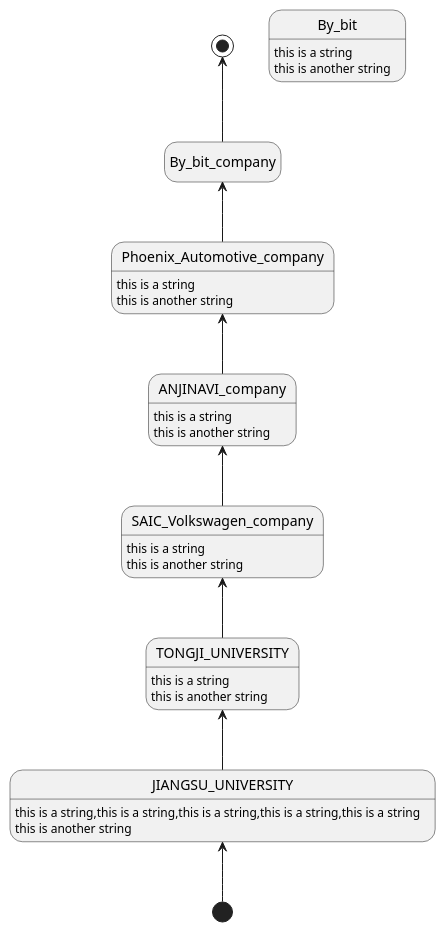
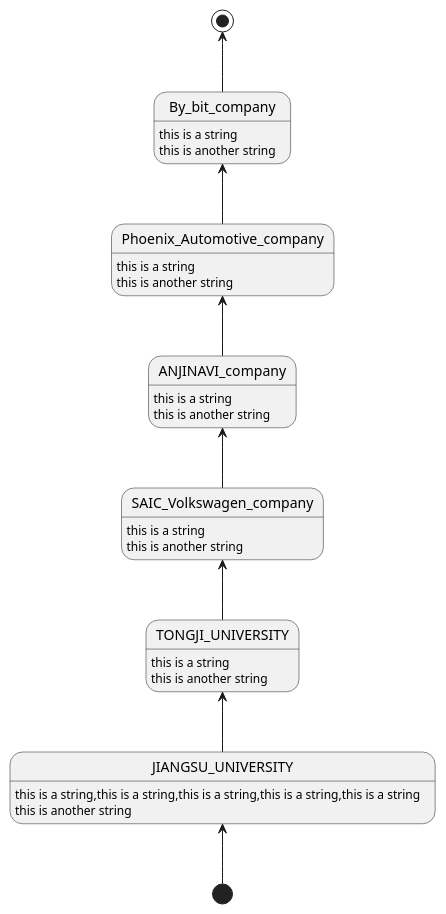
The diagram in docs/uml/experience_stage.puml (DC-Melo/README), drawn with PlantUML before and after one commit.

```diff
--- a/docs/uml/experience_stage.puml
+++ b/docs/uml/experience_stage.puml
@@ -1,31 +1,31 @@
 @startuml
 hide empty description
 
 [*] -up-> JIANGSU_UNIVERSITY
 JIANGSU_UNIVERSITY -up-> TONGJI_UNIVERSITY
 TONGJI_UNIVERSITY -up-> SAIC_Volkswagen_company
 SAIC_Volkswagen_company -up-> ANJINAVI_company
 ANJINAVI_company -up-> Phoenix_Automotive_company
 Phoenix_Automotive_company -up-> By_bit_company
 By_bit_company -up-> [*]
 
 JIANGSU_UNIVERSITY : this is a string,this is a string,this is a string,this is a string,this is a string
 JIANGSU_UNIVERSITY : this is another string
 
 TONGJI_UNIVERSITY : this is a string
 TONGJI_UNIVERSITY : this is another string
 
 SAIC_Volkswagen_company : this is a string
 SAIC_Volkswagen_company : this is another string
 
 ANJINAVI_company : this is a string
 ANJINAVI_company : this is another string
 
 Phoenix_Automotive_company : this is a string
 Phoenix_Automotive_company : this is another string
 
-By_bit : this is a string
-By_bit : this is another string
+By_bit_company : this is a string
+By_bit_company : this is another string
 
 
 @enduml
```
